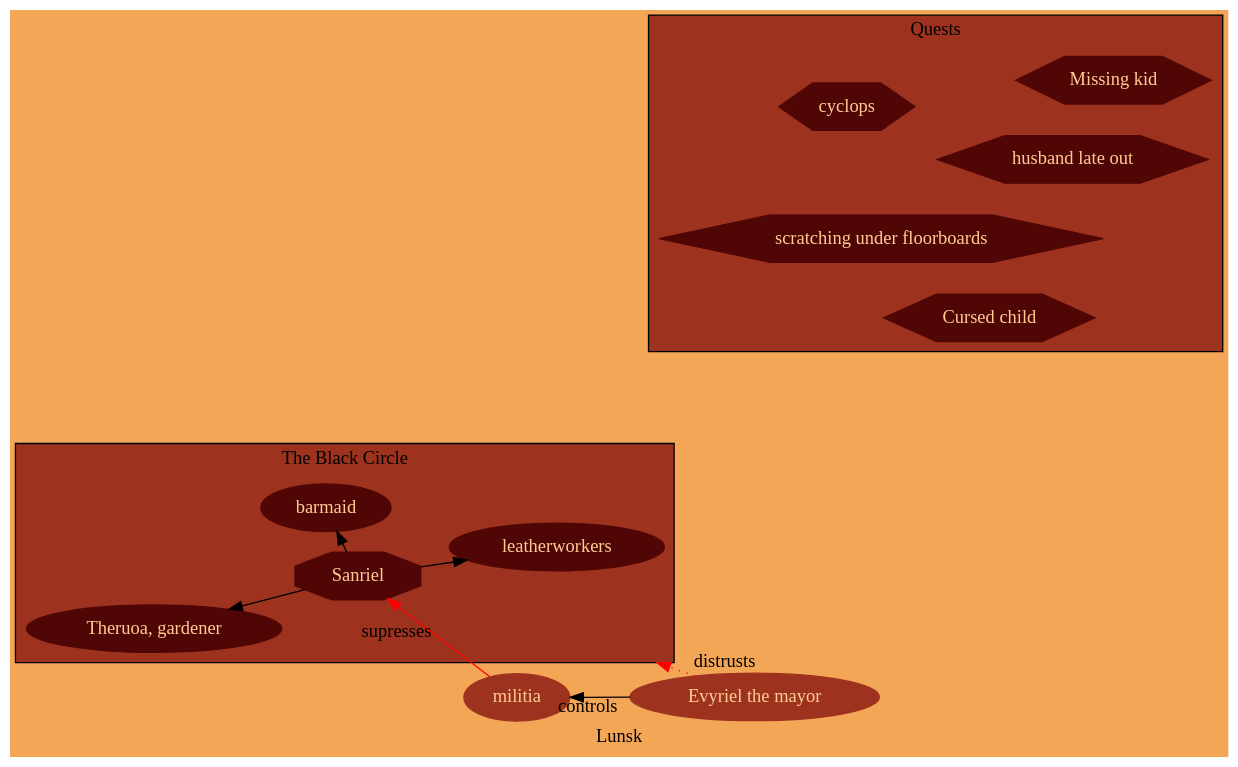
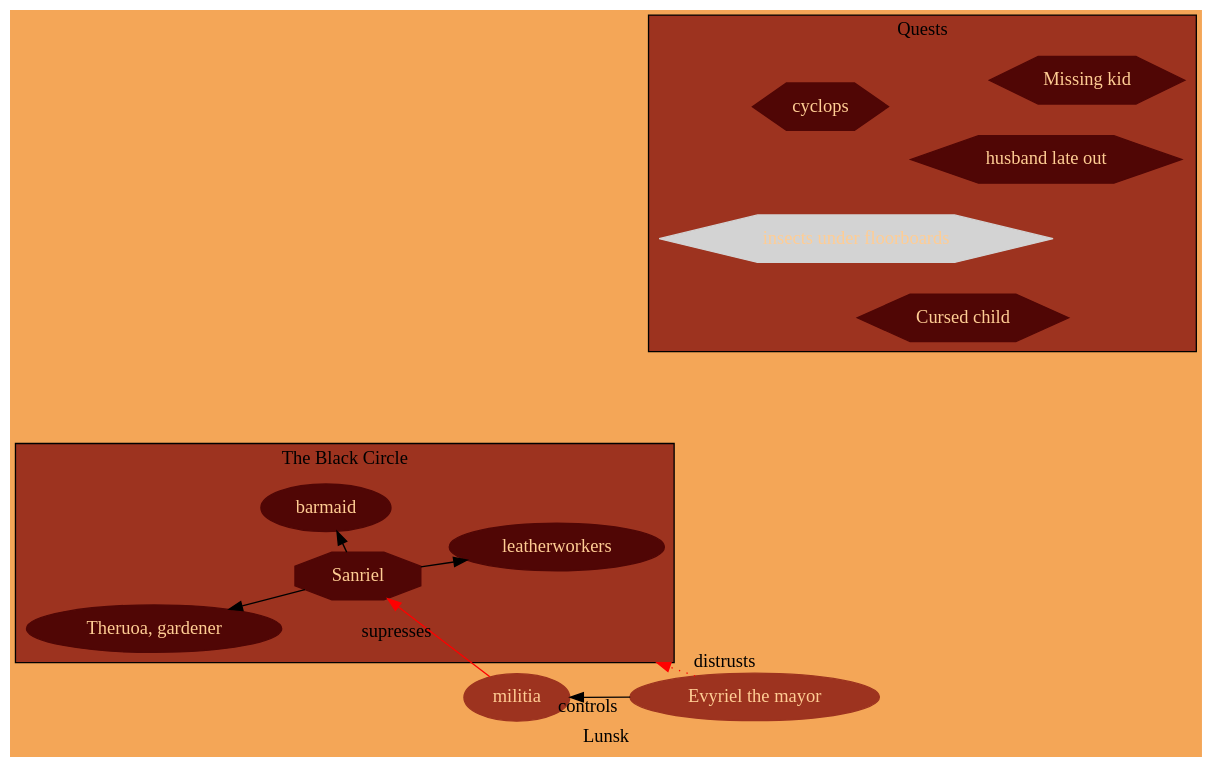
The diagram in Etharis/lunsk.gv (lupus117/dnd-notes), drawn with Graphviz before and after one commit. The commit also changed 3 other files, not shown here.

```diff
--- a/Etharis/lunsk.gv
+++ b/Etharis/lunsk.gv
@@ -1,40 +1,40 @@
 digraph Lansk {
 layout=fdp
 label = "Lunsk"
 bgcolor="#f4a657"
 node [style = filled, color="#9d331f", fontcolor="#ffcd94"];
 
 
 mayor [label = "Evyriel the mayor"]
 
 	subgraph cluster0 {
 	node [style = filled, color="#500605", fontcolor="#ffcd94"];
 	bgcolor="#9d331f"
 	label = "The Black Circle";
 	
 	barmaid
 	gardener [label="Theruoa, gardener"];	
 	sanriel [shape="polygon",sides=8; label = "Sanriel"] 
 	leatherworkers 
 
 	{rank="same" leatherworkers gardener barmaid}
 	sanriel ->  {leatherworkers, gardener, barmaid}
 	}
 
 	subgraph cluster1 { 
 	node [shape="polygon", sides=6,style = filled, color="#500605", fontcolor="#ffcd94"];
 	bgcolor="#9d331f"
 	label="Quests"
 
 	"Missing kid"
 	hubby [label="husband late out"]
-	scratch [label="scratching under floorboards"]
+	scratch [color="lightgray",label="insects under floorboards"]
 	cyclops
 	"Cursed child"
 	}
 
 
 mayor -> militia [label="controls"];
 militia -> {sanriel} [label="supresses", color="red"];
 mayor -> cluster0 [color="red", label="distrusts", style="dotted"];
 }
```
